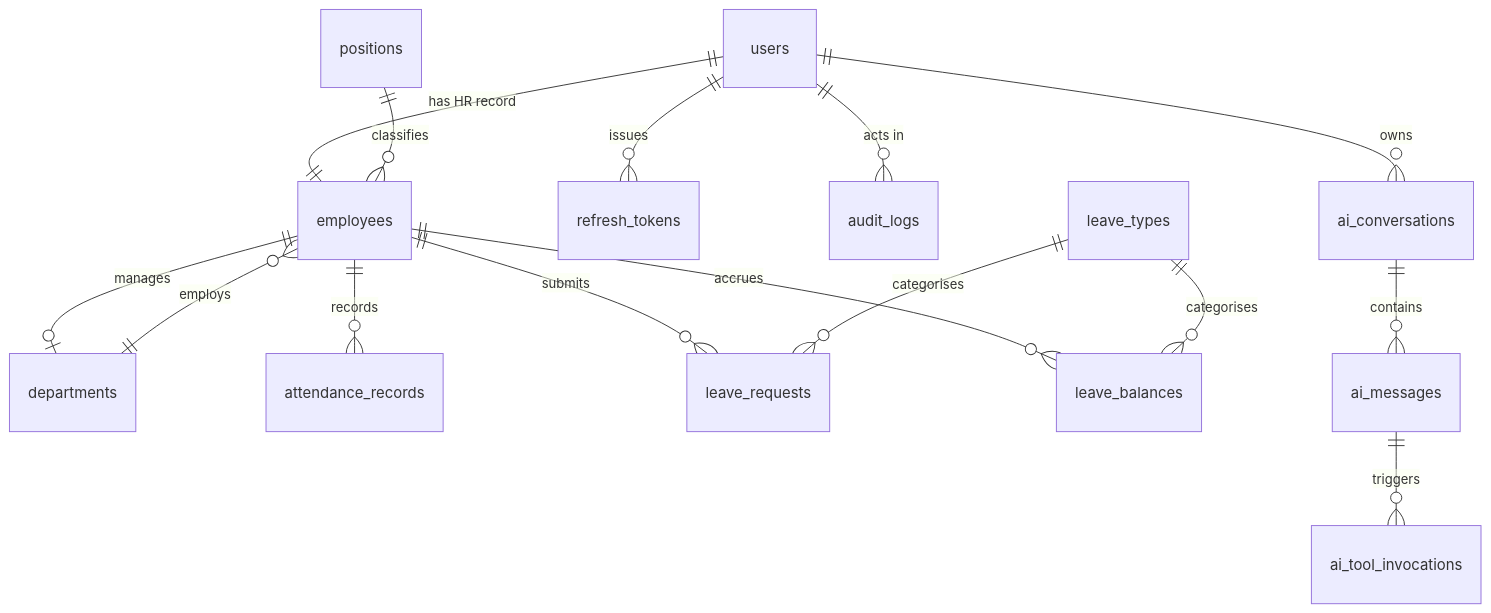
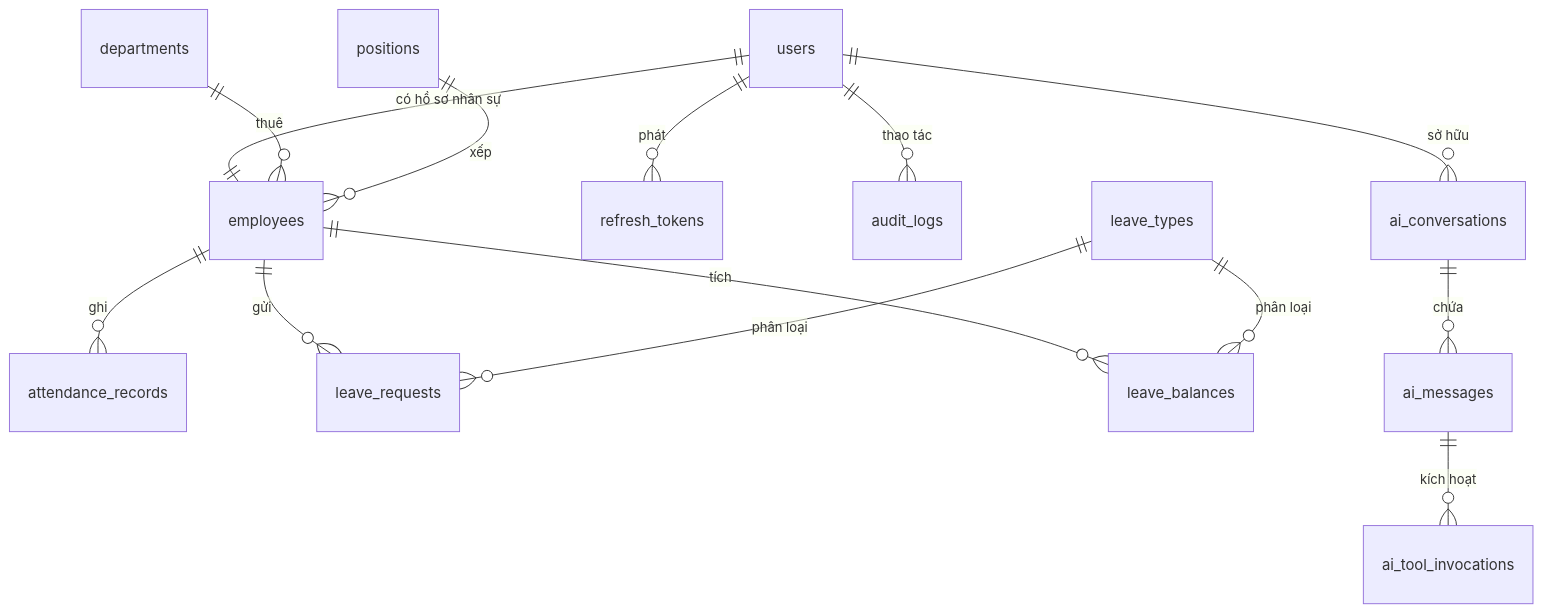
The second of 4 diagrams in docs/DESIGN.md (tridinh288/AI-HRM), drawn with Mermaid before and after one commit. The commit also changed other lines of this file and 3 other files, not shown here.

````diff
--- a/docs/DESIGN.md
+++ b/docs/DESIGN.md
@@ -117,21 +119,20 @@
 ```mermaid
 erDiagram
-    users ||--|| employees : "has HR record"
-    users ||--o{ refresh_tokens : "issues"
-    users ||--o{ audit_logs : "acts in"
-    users ||--o{ ai_conversations : "owns"
+    users ||--|| employees : "có hồ sơ nhân sự"
+    users ||--o{ refresh_tokens : "phát"
+    users ||--o{ audit_logs : "thao tác"
+    users ||--o{ ai_conversations : "sở hữu"
 
-    departments ||--o{ employees : "employs"
-    positions   ||--o{ employees : "classifies"
-    employees   ||--o| departments : "manages"
+    departments ||--o{ employees : "thuê"
+    positions   ||--o{ employees : "xếp"
 
-    employees ||--o{ attendance_records : "records"
-    employees ||--o{ leave_requests : "submits"
-    employees ||--o{ leave_balances : "accrues"
+    employees ||--o{ attendance_records : "ghi"
+    employees ||--o{ leave_requests : "gửi"
+    employees ||--o{ leave_balances : "tích"
 
-    leave_types ||--o{ leave_requests : "categorises"
-    leave_types ||--o{ leave_balances : "categorises"
+    leave_types ||--o{ leave_requests : "phân loại"
+    leave_types ||--o{ leave_balances : "phân loại"
 
-    ai_conversations ||--o{ ai_messages : "contains"
-    ai_messages ||--o{ ai_tool_invocations : "triggers"
+    ai_conversations ||--o{ ai_messages : "chứa"
+    ai_messages ||--o{ ai_tool_invocations : "kích hoạt"
 ```
````
